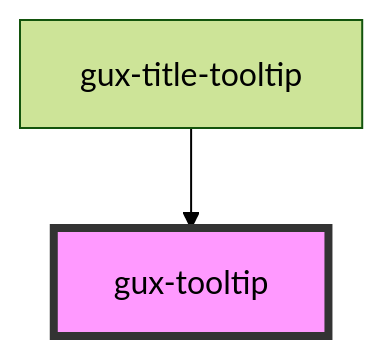
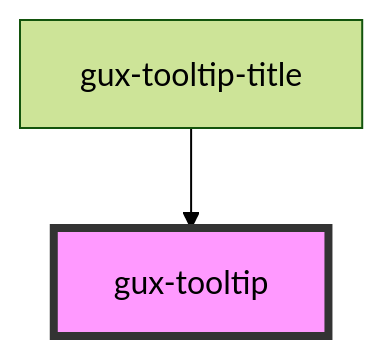
Before and after one commit to Retsam/genesys-webcomponents: the diagram in src/components/stable/gux-tooltip/readme.md, drawn with Mermaid (forest theme). The commit also changed other lines of this file and 6 other files, not shown here.

````diff
--- a/src/components/stable/gux-tooltip/readme.md
+++ b/src/components/stable/gux-tooltip/readme.md
@@ -47,5 +47,5 @@
 ```mermaid
 graph TD;
-  gux-title-tooltip --> gux-tooltip
+  gux-tooltip-title --> gux-tooltip
   style gux-tooltip fill:#f9f,stroke:#333,stroke-width:4px
 ```
````
